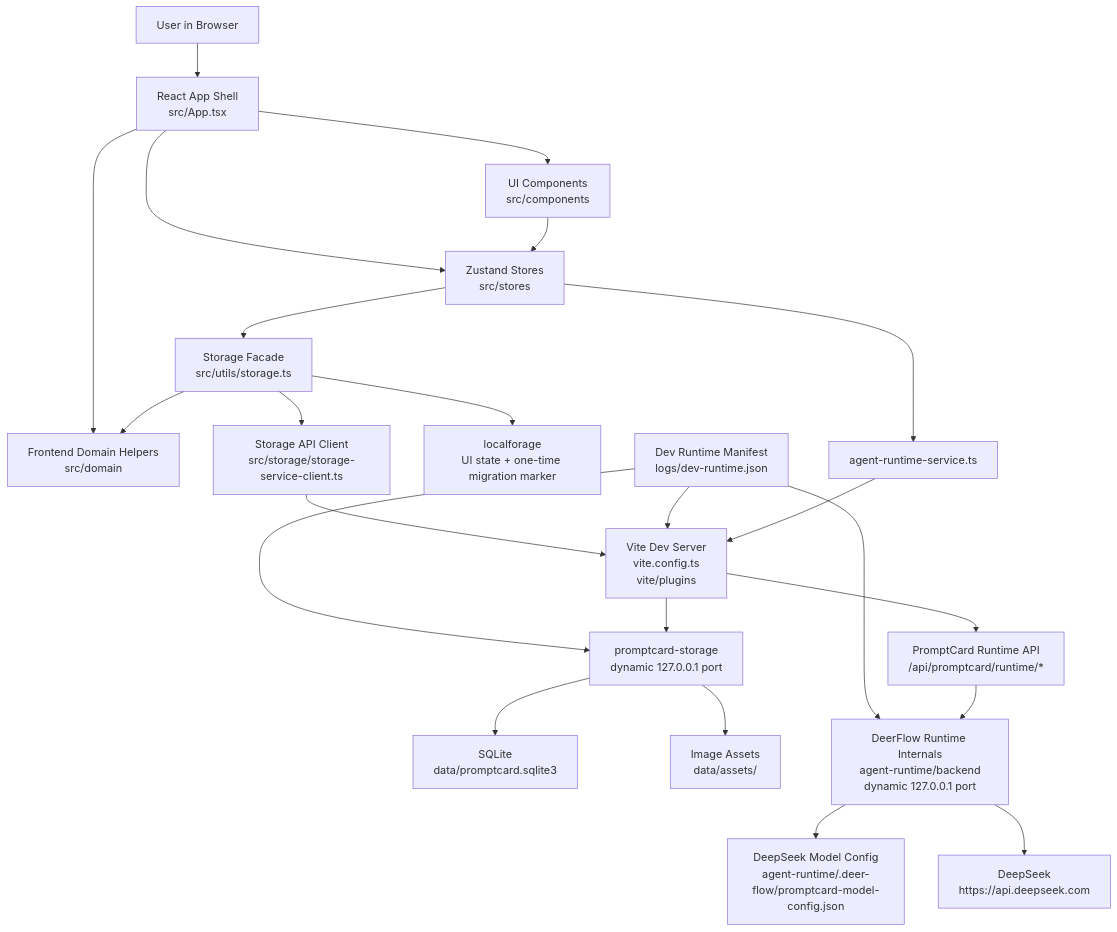
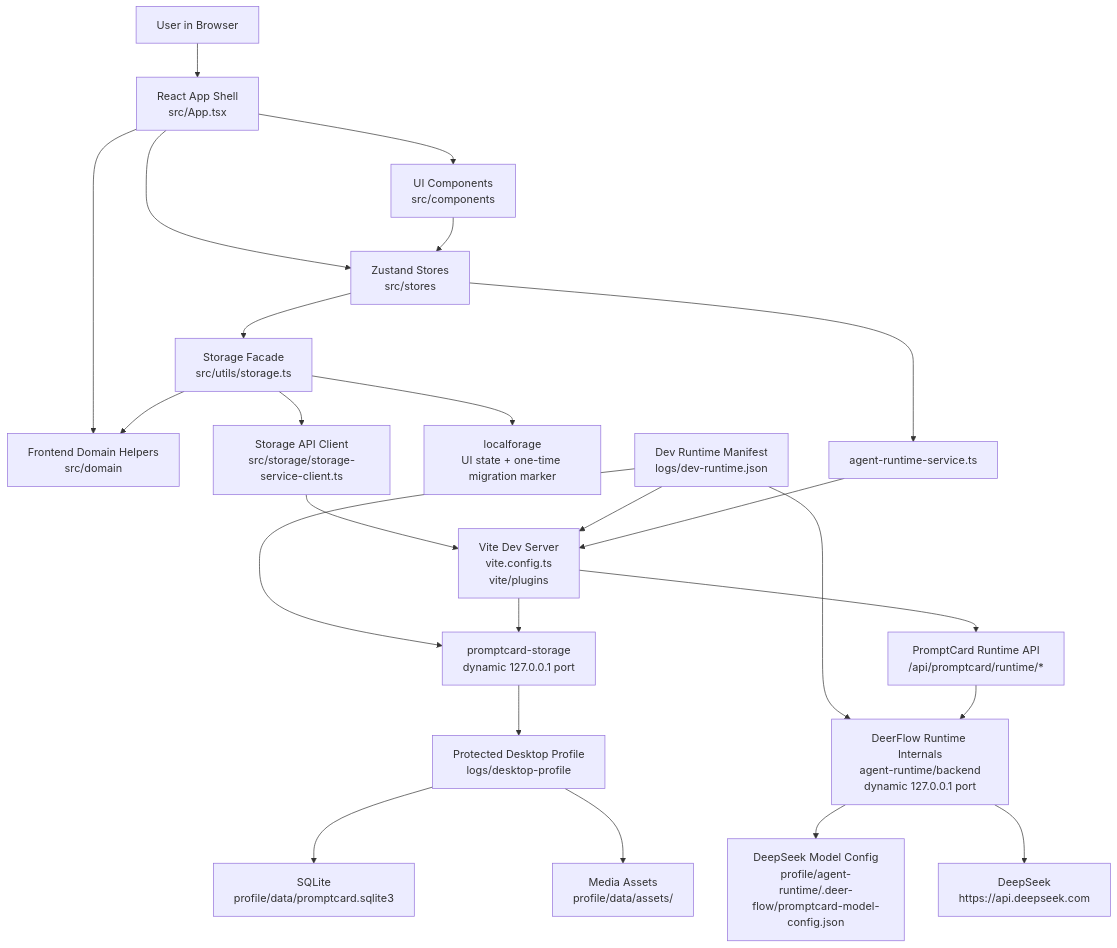
Before and after one commit to Aoye-3/PromptCard-Agent: the diagram in docs/architecture/system-architecture.md, drawn with Mermaid. The commit also changed other lines of this file and 40 other files, not shown here.

Commit message:
feat: add protected profile update boundary

````diff
--- a/docs/architecture/system-architecture.md
+++ b/docs/architecture/system-architecture.md
@@ -11,43 +11,45 @@
 ```mermaid
 flowchart TD
   User["User in Browser"]
   App["React App Shell<br/>src/App.tsx"]
   Components["UI Components<br/>src/components"]
   Domain["Frontend Domain Helpers<br/>src/domain"]
   Stores["Zustand Stores<br/>src/stores"]
   Storage["Storage Facade<br/>src/utils/storage.ts"]
   StorageClient["Storage API Client<br/>src/storage/storage-service-client.ts"]
   BrowserDB["localforage<br/>UI state + one-time migration marker"]
   RuntimeManifest["Dev Runtime Manifest<br/>logs/dev-runtime.json"]
   StorageService["promptcard-storage<br/>dynamic 127.0.0.1 port"]
   Vite["Vite Dev Server<br/>vite.config.ts<br/>vite/plugins"]
-  Database["SQLite<br/>data/promptcard.sqlite3"]
-  Assets["Image Assets<br/>data/assets/"]
+  Profile["Protected Desktop Profile<br/>logs/desktop-profile"]
+  Database["SQLite<br/>profile/data/promptcard.sqlite3"]
+  Assets["Media Assets<br/>profile/data/assets/"]
   RuntimeBoundary["PromptCard Runtime API<br/>/api/promptcard/runtime/*"]
   Runtime["DeerFlow Runtime Internals<br/>agent-runtime/backend<br/>dynamic 127.0.0.1 port"]
-  DeepSeekConfig["DeepSeek Model Config<br/>agent-runtime/.deer-flow/promptcard-model-config.json"]
+  DeepSeekConfig["DeepSeek Model Config<br/>profile/agent-runtime/.deer-flow/promptcard-model-config.json"]
   DeepSeek["DeepSeek<br/>https://api.deepseek.com"]
 
   User --> App
   App --> Components
   App --> Domain
   App --> Stores
   Stores --> Storage
   Storage --> Domain
   Storage --> StorageClient
   Storage --> BrowserDB
   StorageClient --> Vite
   RuntimeManifest --> Vite
   RuntimeManifest --> StorageService
   RuntimeManifest --> Runtime
   Vite --> StorageService
-  StorageService --> Database
-  StorageService --> Assets
+  StorageService --> Profile
+  Profile --> Database
+  Profile --> Assets
   Components --> Stores
   Stores --> RuntimeService["agent-runtime-service.ts"]
   RuntimeService --> Vite
   Vite --> RuntimeBoundary
   RuntimeBoundary --> Runtime
   Runtime --> DeepSeekConfig
   Runtime --> DeepSeek
 ```
````
